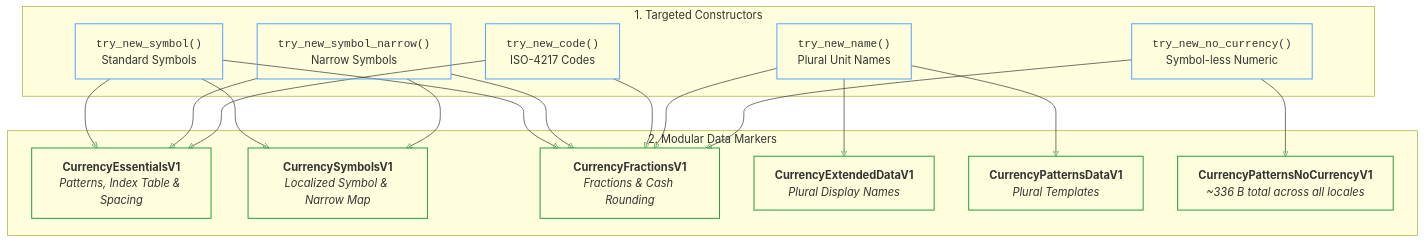
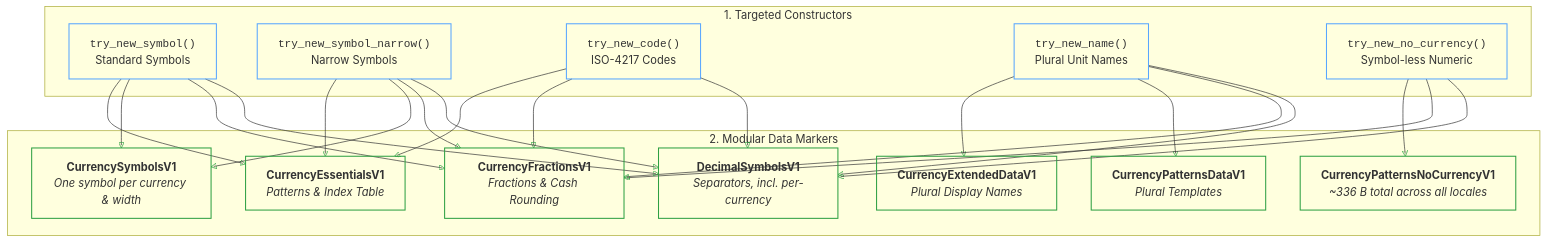
One commit to unicode-org/icu4x changed the third of 4 diagrams in documents/design/number/currency_formatter.md. Above: the diagram before and after it, drawn with Mermaid. The commit also changed other lines of this file and 1 other file, not shown here.

First line of the commit message:
docs(currency): Align the design document with the implementation

````diff
--- a/documents/design/number/currency_formatter.md
+++ b/documents/design/number/currency_formatter.md
@@ -143,40 +151,47 @@
 ```mermaid
 graph TD
     classDef constructor stroke:#58a6ff,stroke-width:1.5px,fill:none;
     classDef marker stroke:#2ea043,stroke-width:1.5px,fill:none;
 
     subgraph Constructors["1. Targeted Constructors"]
         C_Sym["<code>try_new_symbol()</code><br>Standard Symbols"]:::constructor
         C_Nar["<code>try_new_symbol_narrow()</code><br>Narrow Symbols"]:::constructor
         C_Code["<code>try_new_code()</code><br>ISO-4217 Codes"]:::constructor
         C_Name["<code>try_new_name()</code><br>Plural Unit Names"]:::constructor
         C_NoCur["<code>try_new_no_currency()</code><br>Symbol-less Numeric"]:::constructor
     end
 
     subgraph Markers["2. Modular Data Markers"]
-        M_Ess["<b>CurrencyEssentialsV1</b><br><i>Patterns, Index Table & Spacing</i>"]:::marker
-        M_Sym["<b>CurrencySymbolsV1</b><br><i>Localized Symbol & Narrow Map</i>"]:::marker
+        M_Ess["<b>CurrencyEssentialsV1</b><br><i>Patterns & Index Table</i>"]:::marker
+        M_Sym["<b>CurrencySymbolsV1</b><br><i>One symbol per currency & width</i>"]:::marker
         M_Frac["<b>CurrencyFractionsV1</b><br><i>Fractions & Cash Rounding</i>"]:::marker
         M_Ext["<b>CurrencyExtendedDataV1</b><br><i>Plural Display Names</i>"]:::marker
         M_Pat["<b>CurrencyPatternsDataV1</b><br><i>Plural Templates</i>"]:::marker
         M_NoCur["<b>CurrencyPatternsNoCurrencyV1</b><br><i>~336 B total across all locales</i>"]:::marker
+        M_Dec["<b>DecimalSymbolsV1</b><br><i>Separators, incl. per-currency</i>"]:::marker
     end
 
     C_Sym --> M_Ess
     C_Sym --> M_Sym
     C_Sym --> M_Frac
 
     C_Nar --> M_Ess
     C_Nar --> M_Sym
     C_Nar --> M_Frac
 
     C_Code --> M_Ess
     C_Code --> M_Frac
 
     C_Name --> M_Ext
     C_Name --> M_Pat
     C_Name --> M_Frac
 
     C_NoCur --> M_NoCur
     C_NoCur --> M_Frac
+
+    C_Sym --> M_Dec
+    C_Nar --> M_Dec
+    C_Code --> M_Dec
+    C_Name --> M_Dec
+    C_NoCur --> M_Dec
 ```
````
